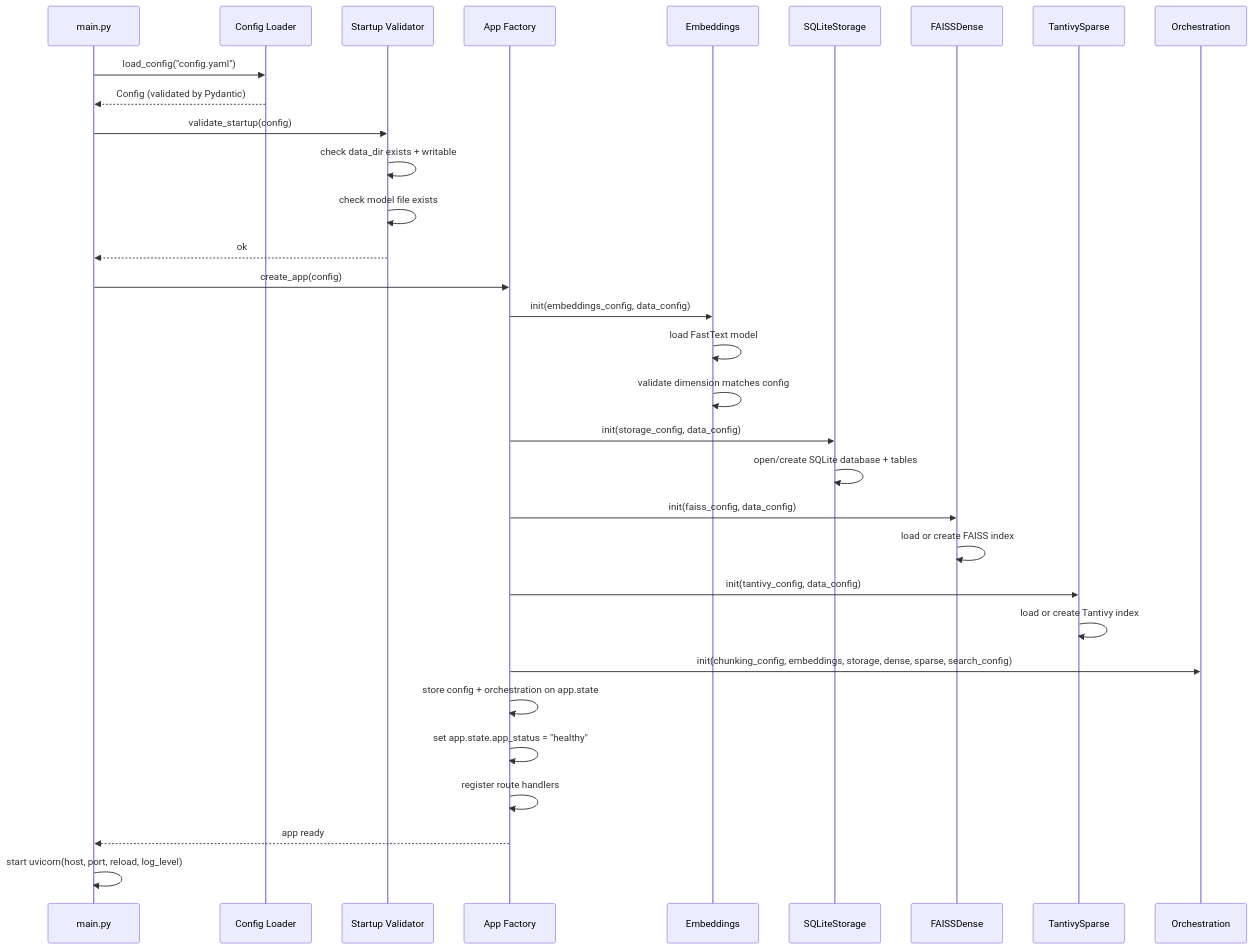
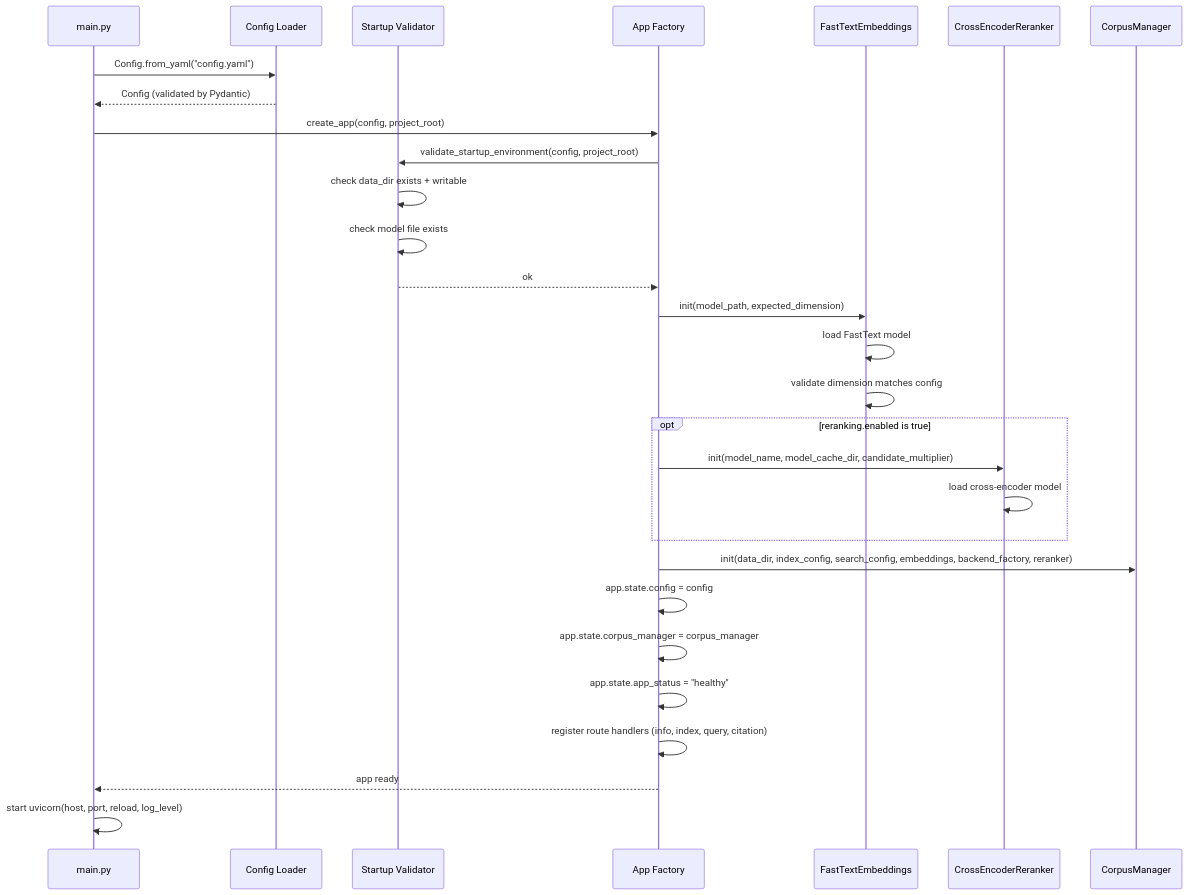
One commit to florianbuetow/mini-rag changed the second of 10 diagrams in docs/SPECIFICATION-DATA-FLOW.md. Above: the diagram before and after it, drawn with Mermaid. The commit also changed other lines of this file and 2 other files, not shown here.

First line of the commit message:
Update specification docs for citations, reranking, and multi-corpus

````diff
--- a/docs/SPECIFICATION-DATA-FLOW.md
+++ b/docs/SPECIFICATION-DATA-FLOW.md
@@ -321,35 +403,32 @@
 ```mermaid
 sequenceDiagram
     participant M as main.py
     participant C as Config Loader
     participant V as Startup Validator
     participant A as App Factory
-    participant E as Embeddings
-    participant ST as SQLiteStorage
-    participant D as FAISSDense
-    participant SP as TantivySparse
-    participant O as Orchestration
+    participant E as FastTextEmbeddings
+    participant RR as CrossEncoderReranker
+    participant CM as CorpusManager
 
-    M->>C: load_config("config.yaml")
+    M->>C: Config.from_yaml("config.yaml")
     C-->>M: Config (validated by Pydantic)
-    M->>V: validate_startup(config)
+    M->>A: create_app(config, project_root)
+    A->>V: validate_startup_environment(config, project_root)
     V->>V: check data_dir exists + writable
     V->>V: check model file exists
-    V-->>M: ok
-    M->>A: create_app(config)
-    A->>E: init(embeddings_config, data_config)
+    V-->>A: ok
+    A->>E: init(model_path, expected_dimension)
     E->>E: load FastText model
     E->>E: validate dimension matches config
-    A->>ST: init(storage_config, data_config)
-    ST->>ST: open/create SQLite database + tables
-    A->>D: init(faiss_config, data_config)
-    D->>D: load or create FAISS index
-    A->>SP: init(tantivy_config, data_config)
-    SP->>SP: load or create Tantivy index
-    A->>O: init(chunking_config, embeddings, storage, dense, sparse, search_config)
-    A->>A: store config + orchestration on app.state
-    A->>A: set app.state.app_status = "healthy"
-    A->>A: register route handlers
+    opt reranking.enabled is true
+        A->>RR: init(model_name, model_cache_dir, candidate_multiplier)
+        RR->>RR: load cross-encoder model
+    end
+    A->>CM: init(data_dir, index_config, search_config, embeddings, backend_factory, reranker)
+    A->>A: app.state.config = config
+    A->>A: app.state.corpus_manager = corpus_manager
+    A->>A: app.state.app_status = "healthy"
+    A->>A: register route handlers (info, index, query, citation)
     A-->>M: app ready
     M->>M: start uvicorn(host, port, reload, log_level)
 ```
````
